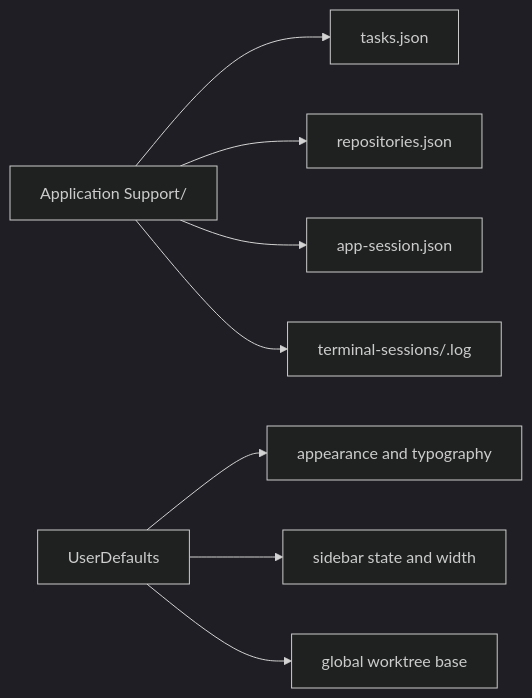
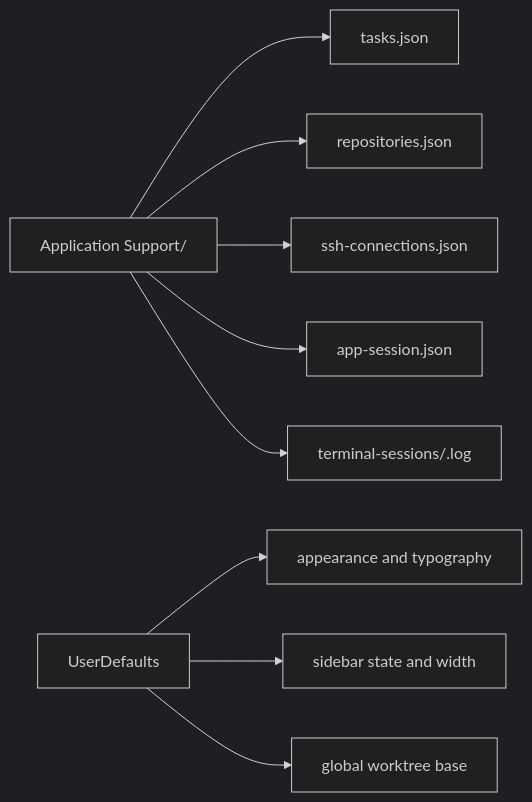
Before and after one commit to gh0stonio/pinata: the third of 5 diagrams in docs/application-architecture.md, drawn with Mermaid (dark theme). The commit also changed other lines of this file and 3 other files, not shown here.

````diff
--- a/docs/application-architecture.md
+++ b/docs/application-architecture.md
@@ -88,10 +98,11 @@
 ```mermaid
 flowchart LR
     AppSupport[Application Support/<bundle-id>] --> Tasks[tasks.json]
     AppSupport --> Repos[repositories.json]
+    AppSupport --> Connections[ssh-connections.json]
     AppSupport --> Session[app-session.json]
     AppSupport --> Journals[terminal-sessions/<pane-id>.log]
     Defaults[UserDefaults] --> Appearance[appearance and typography]
     Defaults --> Sidebar[sidebar state and width]
     Defaults --> WorktreeDefault[global worktree base]
 ```
````
